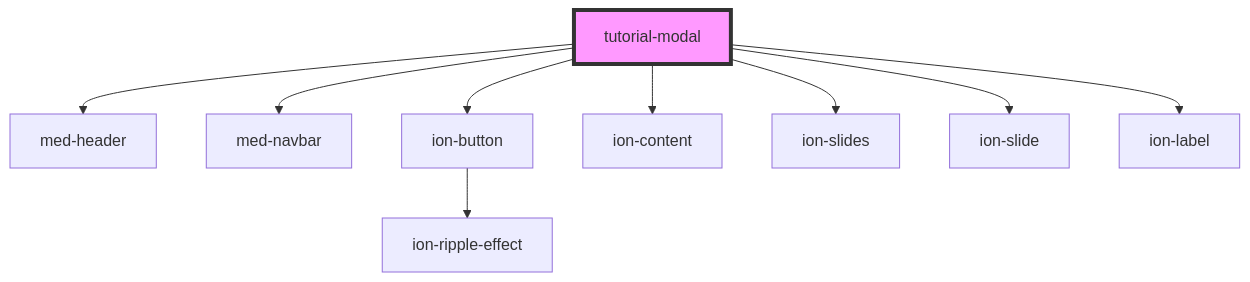
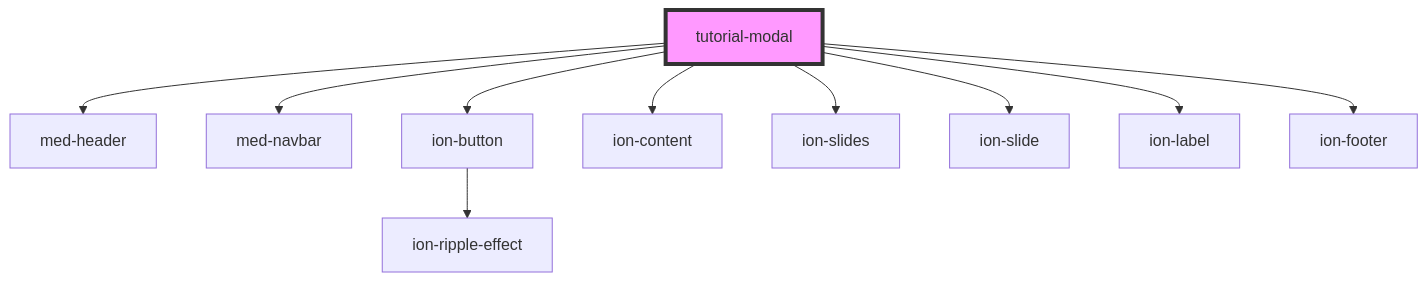
Before and after one commit to MEDGRUPOGIT/ionic-framework-1: the diagram in core/src/components/@templarios/ionic-1-migracao/simulados/tutorial-modal/readme.md, drawn with Mermaid. The commit also changed other lines of this file and 18 other files, not shown here.

Commit message:
Ajuste ion-footer

````diff
--- a/core/src/components/@templarios/ionic-1-migracao/simulados/tutorial-modal/readme.md
+++ b/core/src/components/@templarios/ionic-1-migracao/simulados/tutorial-modal/readme.md
@@ -21,12 +22,13 @@
 ```mermaid
 graph TD;
   tutorial-modal --> med-header
   tutorial-modal --> med-navbar
   tutorial-modal --> ion-button
   tutorial-modal --> ion-content
   tutorial-modal --> ion-slides
   tutorial-modal --> ion-slide
   tutorial-modal --> ion-label
+  tutorial-modal --> ion-footer
   ion-button --> ion-ripple-effect
   style tutorial-modal fill:#f9f,stroke:#333,stroke-width:4px
 ```
````
